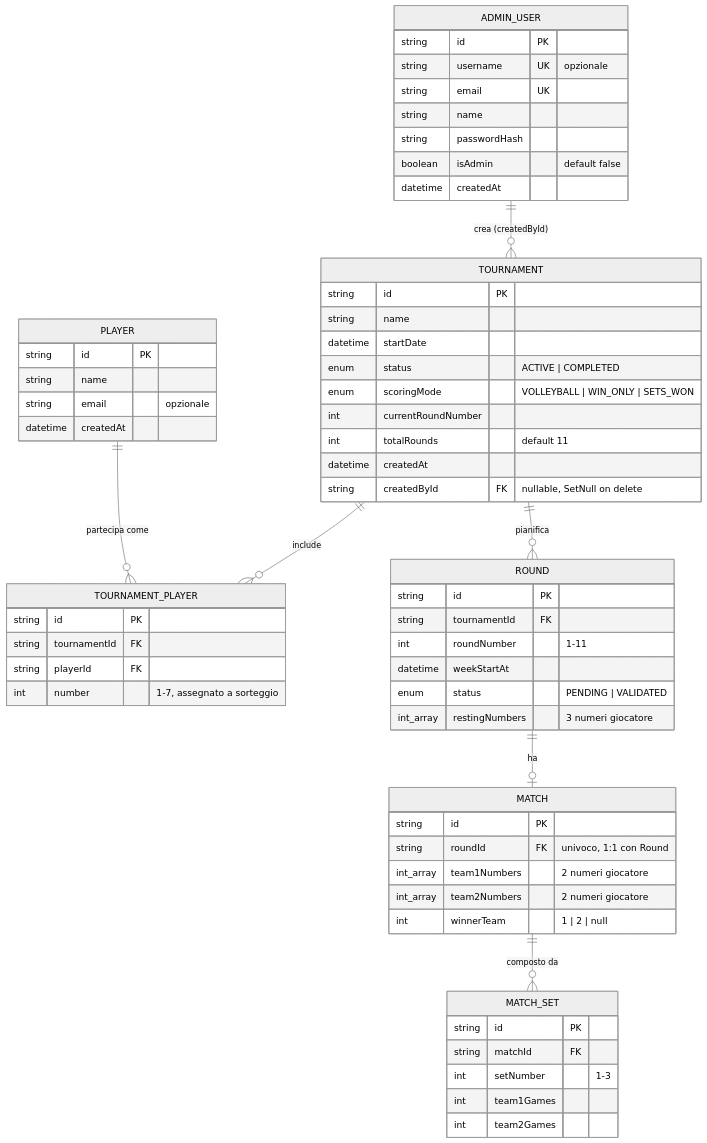
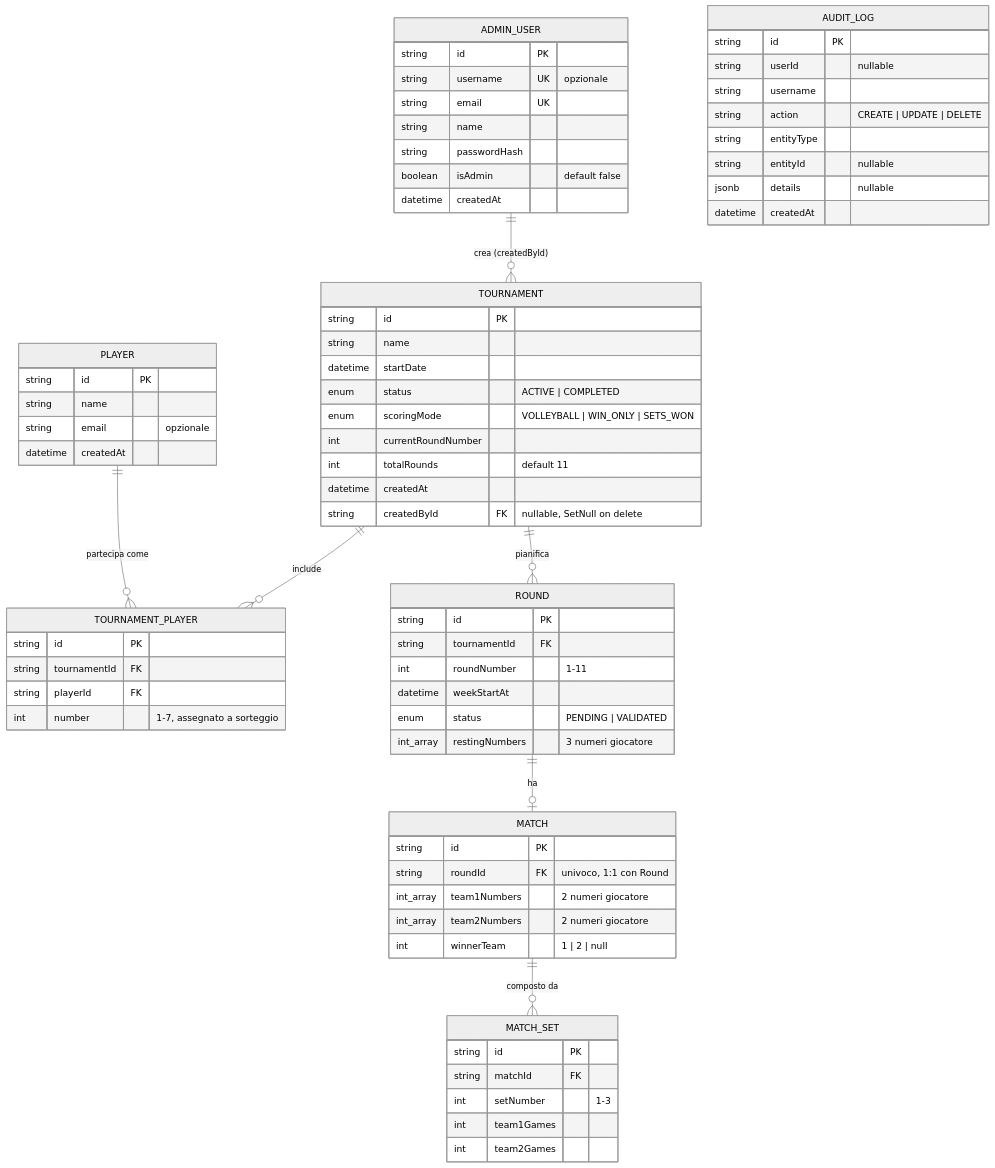
The second of 2 diagrams in ARCHITECTURE.md (Brokenedo/padel-torneo), drawn with Mermaid (neutral theme) before and after one commit. The commit also changed other lines of this file and 2 other files, not shown here.

Commit message:
docs: aggiornamento documentazione e fix encoding

````diff
--- a/ARCHITECTURE.md
+++ b/ARCHITECTURE.md
@@ -132,70 +132,81 @@
 ```mermaid
 erDiagram
     ADMIN_USER ||--o{ TOURNAMENT : "crea (createdById)"
     TOURNAMENT ||--o{ TOURNAMENT_PLAYER : "include"
     PLAYER ||--o{ TOURNAMENT_PLAYER : "partecipa come"
     TOURNAMENT ||--o{ ROUND : "pianifica"
     ROUND ||--o| MATCH : "ha"
     MATCH ||--o{ MATCH_SET : "composto da"
 
     ADMIN_USER {
         string id PK
         string username UK "opzionale"
         string email UK
         string name
         string passwordHash
         boolean isAdmin "default false"
         datetime createdAt
     }
 
     PLAYER {
         string id PK
         string name
         string email "opzionale"
         datetime createdAt
     }
 
     TOURNAMENT {
         string id PK
         string name
         datetime startDate
         enum status "ACTIVE | COMPLETED"
         enum scoringMode "VOLLEYBALL | WIN_ONLY | SETS_WON"
         int currentRoundNumber
         int totalRounds "default 11"
         datetime createdAt
         string createdById FK "nullable, SetNull on delete"
     }
 
     TOURNAMENT_PLAYER {
         string id PK
         string tournamentId FK
         string playerId FK
         int number "1-7, assegnato a sorteggio"
     }
 
     ROUND {
         string id PK
         string tournamentId FK
         int roundNumber "1-11"
         datetime weekStartAt
         enum status "PENDING | VALIDATED"
         int_array restingNumbers "3 numeri giocatore"
     }
 
     MATCH {
         string id PK
         string roundId FK "univoco, 1:1 con Round"
         int_array team1Numbers "2 numeri giocatore"
         int_array team2Numbers "2 numeri giocatore"
         int winnerTeam "1 | 2 | null"
     }
 
     MATCH_SET {
         string id PK
         string matchId FK
         int setNumber "1-3"
         int team1Games
         int team2Games
     }
+
+    AUDIT_LOG {
+        string id PK
+        string userId "nullable"
+        string username
+        string action "CREATE | UPDATE | DELETE"
+        string entityType
+        string entityId "nullable"
+        jsonb details "nullable"
+        datetime createdAt
+    }
 ```
````
